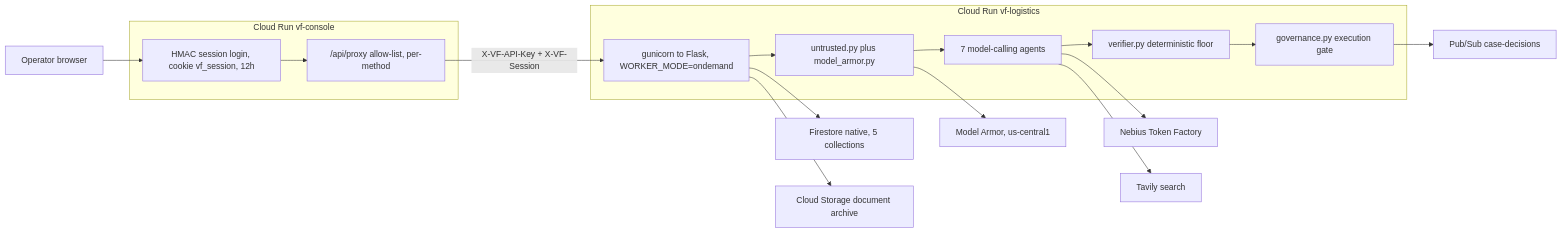
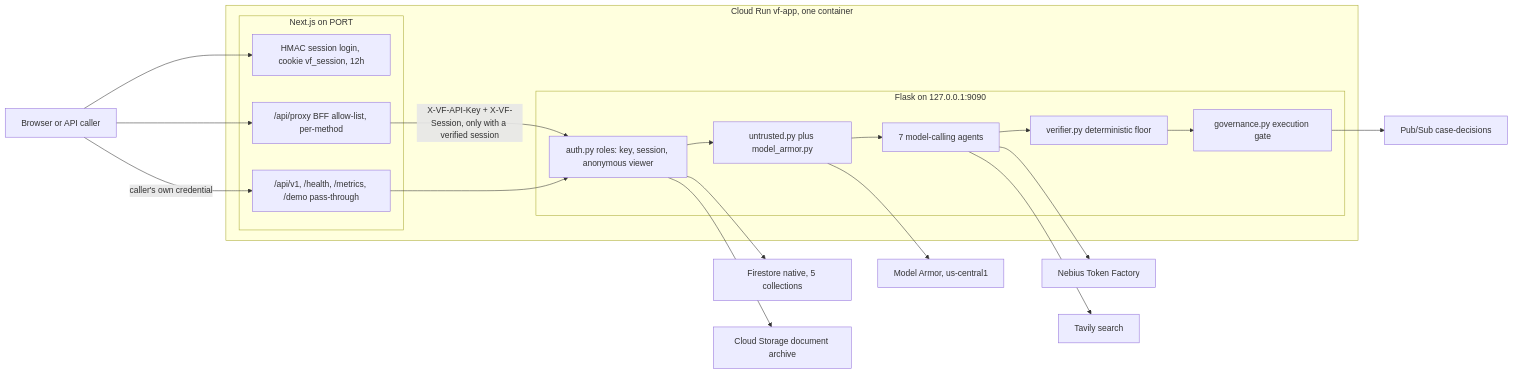
The first of 3 diagrams in docs/ARCHITECTURE.md (hoachauphuoc/vf-logistics-nebius-nvidia), drawn with Mermaid before and after one commit. The commit also changed other lines of this file and 101 other files, not shown here.

````diff
--- a/docs/ARCHITECTURE.md
+++ b/docs/ARCHITECTURE.md
@@ -32,38 +32,42 @@
 ```mermaid
 flowchart LR
-    Browser["Operator browser"]
+    Browser["Browser or API caller"]
 
-    subgraph console [Cloud Run vf-console]
-        Login["HMAC session login, cookie vf_session, 12h"]
-        Proxy["/api/proxy allow-list, per-method"]
-    end
-
-    subgraph backend [Cloud Run vf-logistics]
-        Flask["gunicorn to Flask, WORKER_MODE=ondemand"]
-        Gate["untrusted.py plus model_armor.py"]
-        Agents["7 model-calling agents"]
-        Verifier["verifier.py deterministic floor"]
-        Governance["governance.py execution gate"]
+    subgraph app [Cloud Run vf-app, one container]
+        subgraph next [Next.js on PORT]
+            Login["HMAC session login, cookie vf_session, 12h"]
+            Proxy["/api/proxy BFF allow-list, per-method"]
+            Pass["/api/v1, /health, /metrics, /demo pass-through"]
+        end
+        subgraph flask [Flask on 127.0.0.1:9090]
+            Auth["auth.py roles: key, session, anonymous viewer"]
+            Gate["untrusted.py plus model_armor.py"]
+            Agents["7 model-calling agents"]
+            Verifier["verifier.py deterministic floor"]
+            Governance["governance.py execution gate"]
+        end
     end
 
     Nebius["Nebius Token Factory"]
     Tavily["Tavily search"]
     Armor["Model Armor, us-central1"]
     FS["Firestore native, 5 collections"]
     GCS["Cloud Storage document archive"]
     PS["Pub/Sub case-decisions"]
 
     Browser --> Login
-    Login --> Proxy
-    Proxy -->|"X-VF-API-Key + X-VF-Session"| Flask
-    Flask --> Gate
+    Browser --> Proxy
+    Browser -->|"caller's own credential"| Pass
+    Proxy -->|"X-VF-API-Key + X-VF-Session, only with a verified session"| Auth
+    Pass --> Auth
+    Auth --> Gate
     Gate --> Armor
     Gate --> Agents
     Agents --> Nebius
     Agents --> Tavily
     Agents --> Verifier
     Verifier --> Governance
     Governance --> PS
-    Flask --> FS
-    Flask --> GCS
+    Auth --> FS
+    Auth --> GCS
 ```
````
